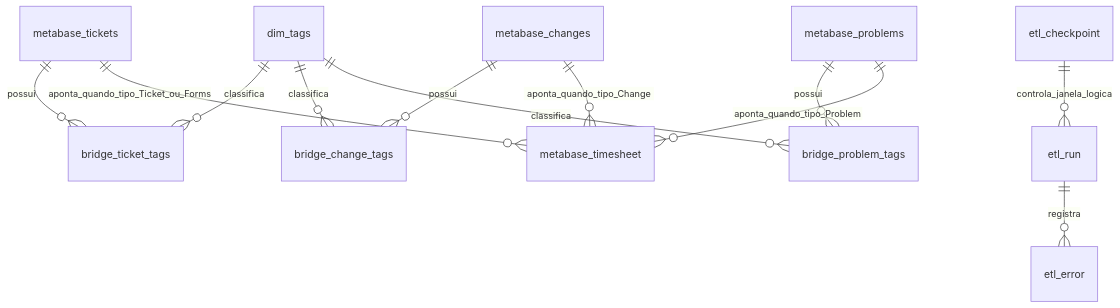
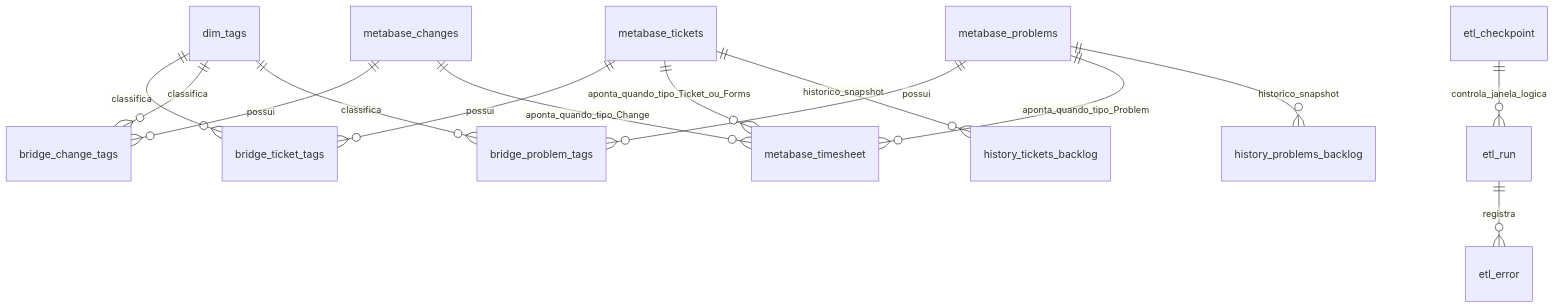
The diagram in docs/DATABASE_METABASE.md (clesiosantos/metabase_etl), drawn with Mermaid before and after one commit. The commit also changed other lines of this file and 11 other files, not shown here.

````diff
--- a/docs/DATABASE_METABASE.md
+++ b/docs/DATABASE_METABASE.md
@@ -35,18 +37,21 @@
 ```mermaid
 erDiagram
     metabase_tickets ||--o{ bridge_ticket_tags : possui
     dim_tags ||--o{ bridge_ticket_tags : classifica
 
     metabase_changes ||--o{ bridge_change_tags : possui
     dim_tags ||--o{ bridge_change_tags : classifica
 
     metabase_problems ||--o{ bridge_problem_tags : possui
     dim_tags ||--o{ bridge_problem_tags : classifica
 
     metabase_tickets ||--o{ metabase_timesheet : aponta_quando_tipo_Ticket_ou_Forms
     metabase_changes ||--o{ metabase_timesheet : aponta_quando_tipo_Change
     metabase_problems ||--o{ metabase_timesheet : aponta_quando_tipo_Problem
 
+    metabase_tickets ||--o{ history_tickets_backlog : historico_snapshot
+    metabase_problems ||--o{ history_problems_backlog : historico_snapshot
+
     etl_run ||--o{ etl_error : registra
     etl_checkpoint ||--o{ etl_run : controla_janela_logica
 ```
````
